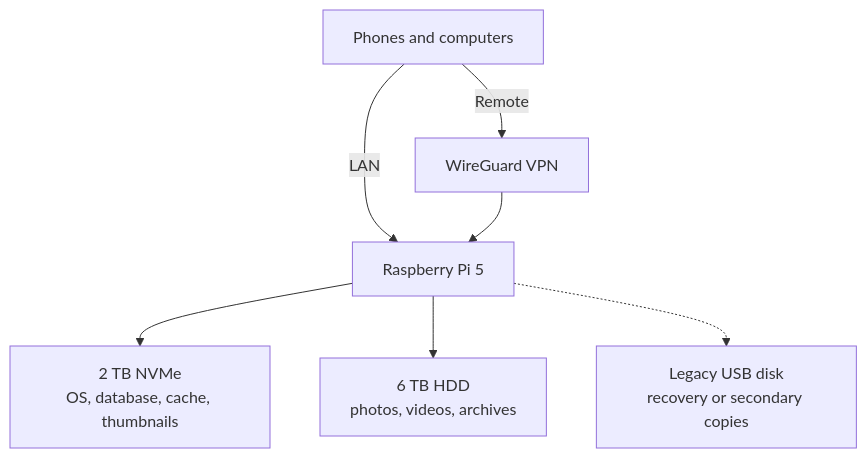
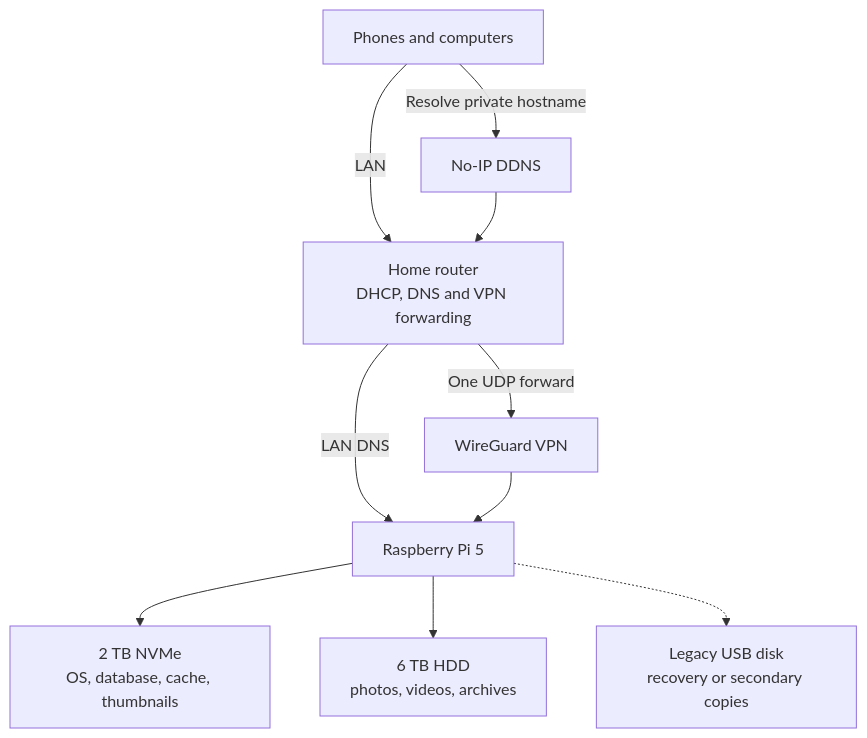
The diagram in README.md (Chi-K24/raspberry-pi-home-cloud), drawn with Mermaid before and after one commit. The commit also changed other lines of this file and 14 other files, not shown here.

Commit message:
Document DDNS, VPN and resilience layers

````diff
--- a/README.md
+++ b/README.md
@@ -32,16 +33,21 @@
 ```mermaid
 flowchart TD
     Clients["Phones and computers"]
+    Router["Home router<br/>DHCP, DNS and VPN forwarding"]
+    DDNS["No-IP DDNS"]
     VPN["WireGuard VPN"]
     Pi["Raspberry Pi 5"]
     NVMe["2 TB NVMe<br/>OS, database, cache, thumbnails"]
     Library["6 TB HDD<br/>photos, videos, archives"]
     Legacy["Legacy USB disk<br/>recovery or secondary copies"]
 
-    Clients -->|"LAN"| Pi
-    Clients -->|"Remote"| VPN
+    Clients -->|"LAN"| Router
+    Clients -->|"Resolve private hostname"| DDNS
+    DDNS --> Router
+    Router -->|"LAN DNS"| Pi
+    Router -->|"One UDP forward"| VPN
     VPN --> Pi
     Pi --> NVMe
     Pi --> Library
     Pi -.-> Legacy
 ```
````
